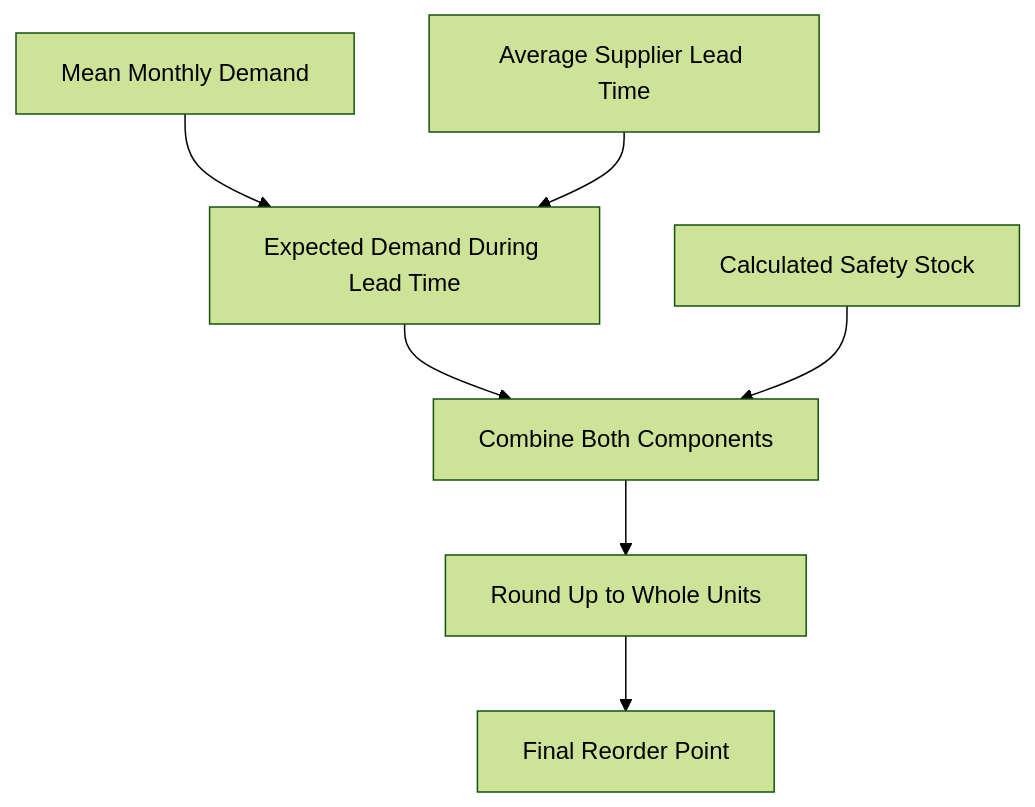
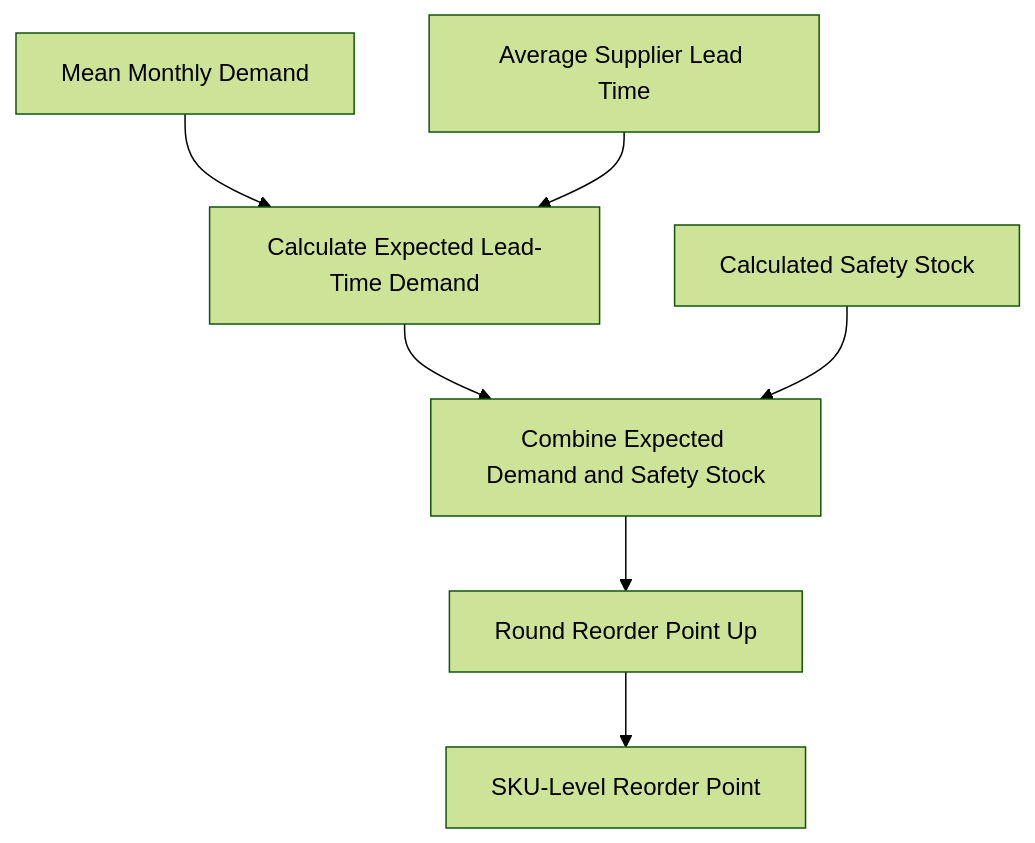
The fifth of 6 diagrams in README.md (AshutoshTembhekar/supply-chain-inventory-optimization), drawn with Mermaid (forest theme) before and after one commit. The commit also changed other lines of this file, not shown here.

````diff
--- a/README.md
+++ b/README.md
@@ -306,17 +305,17 @@
 ```mermaid
 flowchart TD
     A["Mean Monthly Demand"]
     B["Average Supplier Lead Time"]
-    C["Expected Demand During Lead Time"]
+    C["Calculate Expected Lead-Time Demand"]
     D["Calculated Safety Stock"]
-    E["Combine Both Components"]
-    F["Round Up to Whole Units"]
-    G["Final Reorder Point"]
+    E["Combine Expected Demand and Safety Stock"]
+    F["Round Reorder Point Up"]
+    G["SKU-Level Reorder Point"]
 
     A --> C
     B --> C
     C --> E
     D --> E
     E --> F
     F --> G
 ```
````
